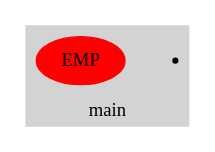
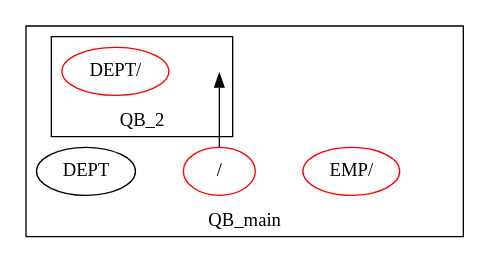
The diagram in qgm.dot (adarshpannu/kona), drawn with Graphviz before and after one commit. The commit also changed 13 other files, not shown here.

```diff
--- a/qgm.dot
+++ b/qgm.dot
@@ -1,13 +1,17 @@
 digraph example1 {
-    node [style=filled,color=white];
     rankdir=BT;
-    splines=polyline;
     nodesep=0.5;
-    style=filled;
-    color=lightgrey;
-  subgraph cluster_0 {
-    "0"[shape=point, color=black];
-    label = "main";
-    "EMP"[color=red]
-  }
+  subgraph cluster_QB_main {
+    "QB_main_pt"[shape=point, color=white];
+    label = "QB_main";
+    "QUN_0"[label="EMP/", color=red]
+    "QUN_3"[label="/", color=red]
+    "QUN_3" -> "QB_2_pt";
+  subgraph cluster_QB_2 {
+    "QB_2_pt"[shape=point, color=white];
+    label = "QB_2";
+    "QUN_1"[label="DEPT/", color=red]
 }
+    exprnode0x7ff948d32988[label="DEPT"];
+}
+}
```
